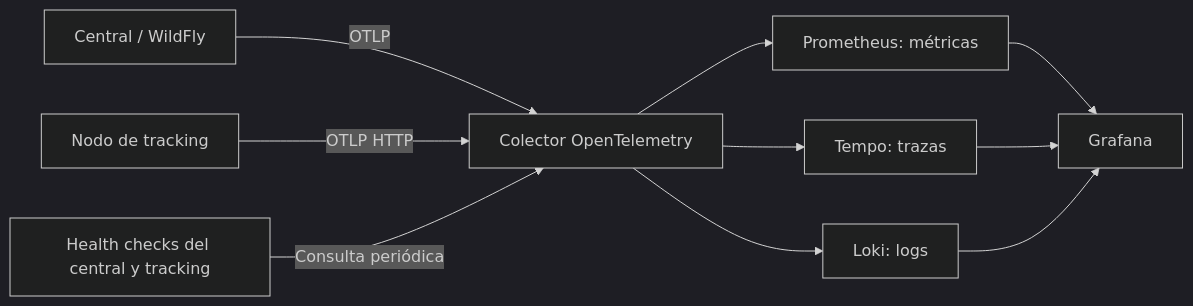
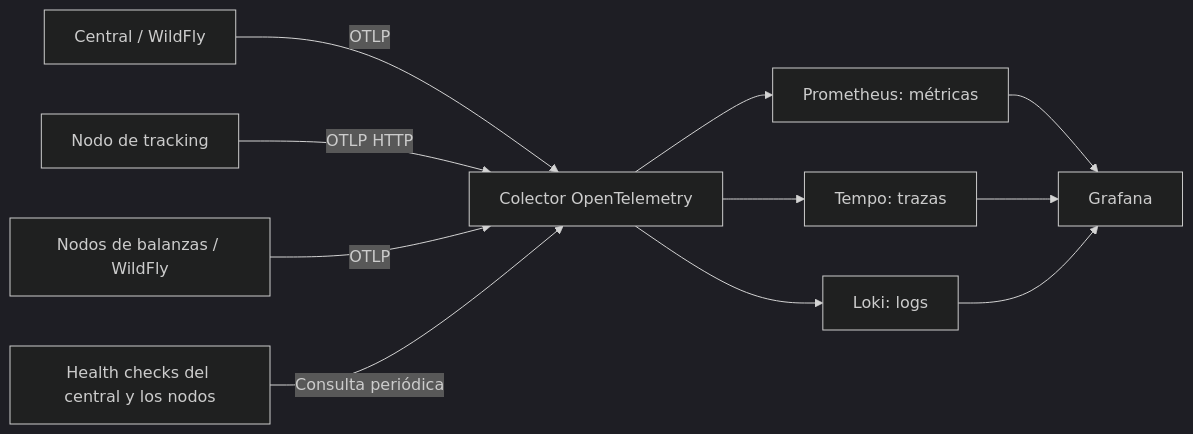
One commit to LucasLazogue/TSE-carga-uy changed the diagram in docs/observabilidad.md. Above: the diagram before and after it, drawn with Mermaid (dark theme). The commit also changed other lines of this file and 13 other files, not shown here.

````diff
--- a/docs/observabilidad.md
+++ b/docs/observabilidad.md
@@ -11,12 +11,13 @@
 ```mermaid
 flowchart LR
     C[Central / WildFly] -->|OTLP| O[Colector OpenTelemetry]
     N[Nodo de tracking] -->|OTLP HTTP| O
-    H[Health checks del central y tracking] -->|Consulta periódica| O
+    B[Nodos de balanzas / WildFly] -->|OTLP| O
+    H[Health checks del central y los nodos] -->|Consulta periódica| O
     O --> P[Prometheus: métricas]
     O --> T[Tempo: trazas]
     O --> L[Loki: logs]
     P --> G[Grafana]
     T --> G
     L --> G
 ```
````
